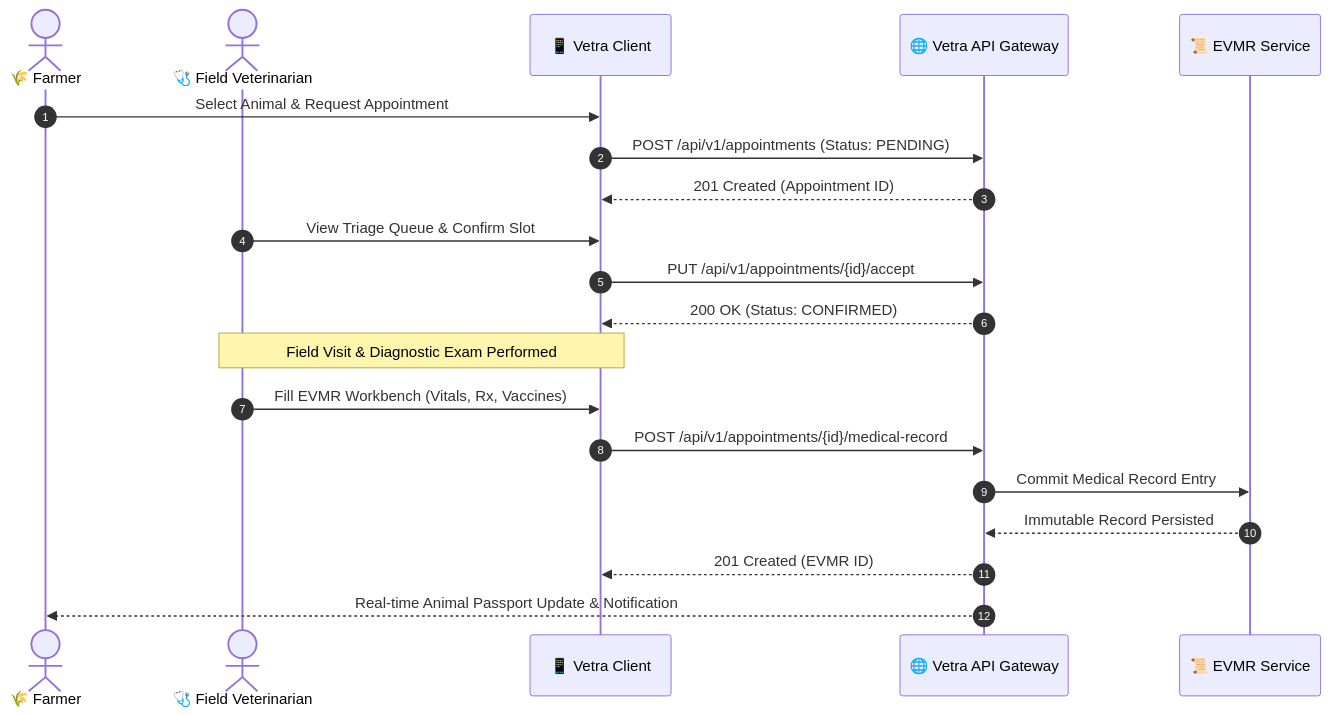
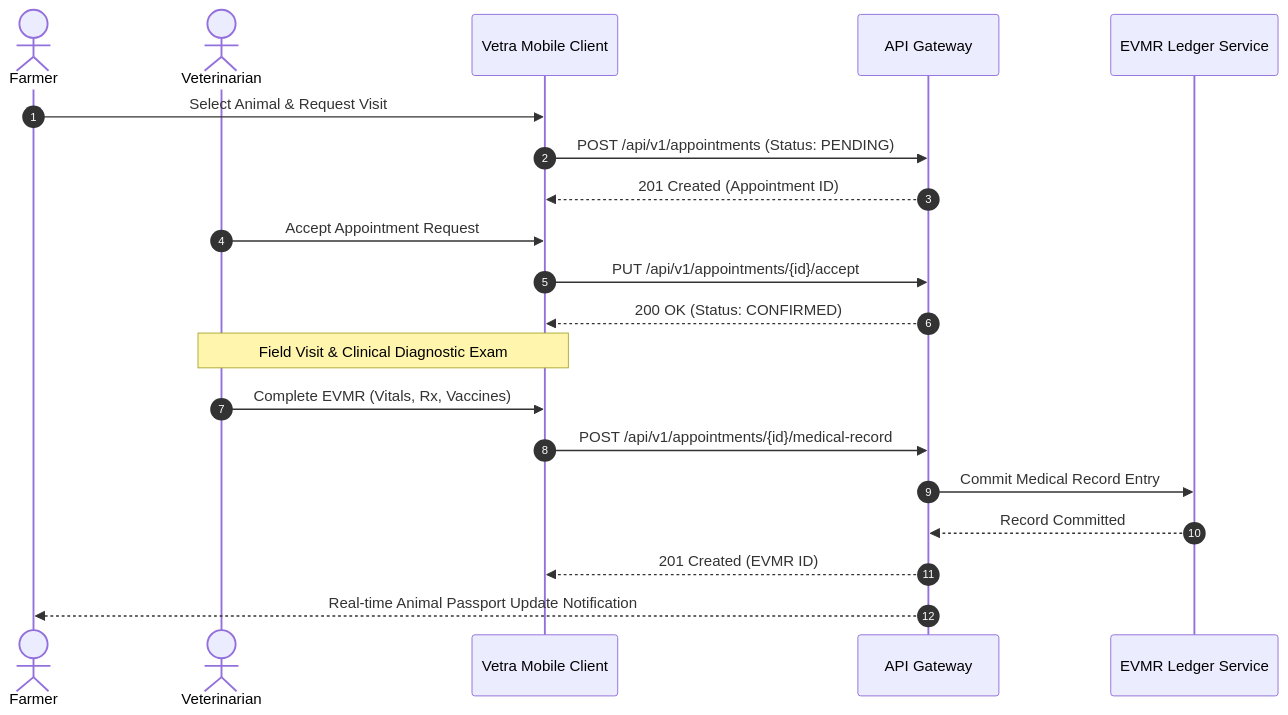
Before and after one commit to omrajput14/vetra: the second of 2 diagrams in README.md, drawn with Mermaid. The commit also changed other lines of this file, not shown here.

````diff
--- a/README.md
+++ b/README.md
@@ -115,27 +111,27 @@
 ```mermaid
 sequenceDiagram
     autonumber
-    actor Farmer as 🌾 Farmer
-    actor Vet as 🩺 Field Veterinarian
-    participant Client as 📱 Vetra Client
-    participant API as 🌐 Vetra API Gateway
-    participant Ledger as 📜 EVMR Service
+    actor Farmer as Farmer
+    actor Vet as Veterinarian
+    participant Client as Vetra Mobile Client
+    participant Gateway as API Gateway
+    participant Ledger as EVMR Ledger Service
 
-    Farmer->>Client: Select Animal & Request Appointment
-    Client->>API: POST /api/v1/appointments (Status: PENDING)
-    API-->>Client: 201 Created (Appointment ID)
-    
-    Vet->>Client: View Triage Queue & Confirm Slot
-    Client->>API: PUT /api/v1/appointments/{id}/accept
-    API-->>Client: 200 OK (Status: CONFIRMED)
-    
-    Note over Vet, Client: Field Visit & Diagnostic Exam Performed
-    
-    Vet->>Client: Fill EVMR Workbench (Vitals, Rx, Vaccines)
-    Client->>API: POST /api/v1/appointments/{id}/medical-record
-    API->>Ledger: Commit Medical Record Entry
-    Ledger-->>API: Immutable Record Persisted
-    API-->>Client: 201 Created (EVMR ID)
-    
-    API-->>Farmer: Real-time Animal Passport Update & Notification
+    Farmer->>Client: Select Animal & Request Visit
+    Client->>Gateway: POST /api/v1/appointments (Status: PENDING)
+    Gateway-->>Client: 201 Created (Appointment ID)
+
+    Vet->>Client: Accept Appointment Request
+    Client->>Gateway: PUT /api/v1/appointments/{id}/accept
+    Gateway-->>Client: 200 OK (Status: CONFIRMED)
+
+    Note over Vet, Client: Field Visit & Clinical Diagnostic Exam
+
+    Vet->>Client: Complete EVMR (Vitals, Rx, Vaccines)
+    Client->>Gateway: POST /api/v1/appointments/{id}/medical-record
+    Gateway->>Ledger: Commit Medical Record Entry
+    Ledger-->>Gateway: Record Committed
+    Gateway-->>Client: 201 Created (EVMR ID)
+
+    Gateway-->>Farmer: Real-time Animal Passport Update Notification
 ```
````
